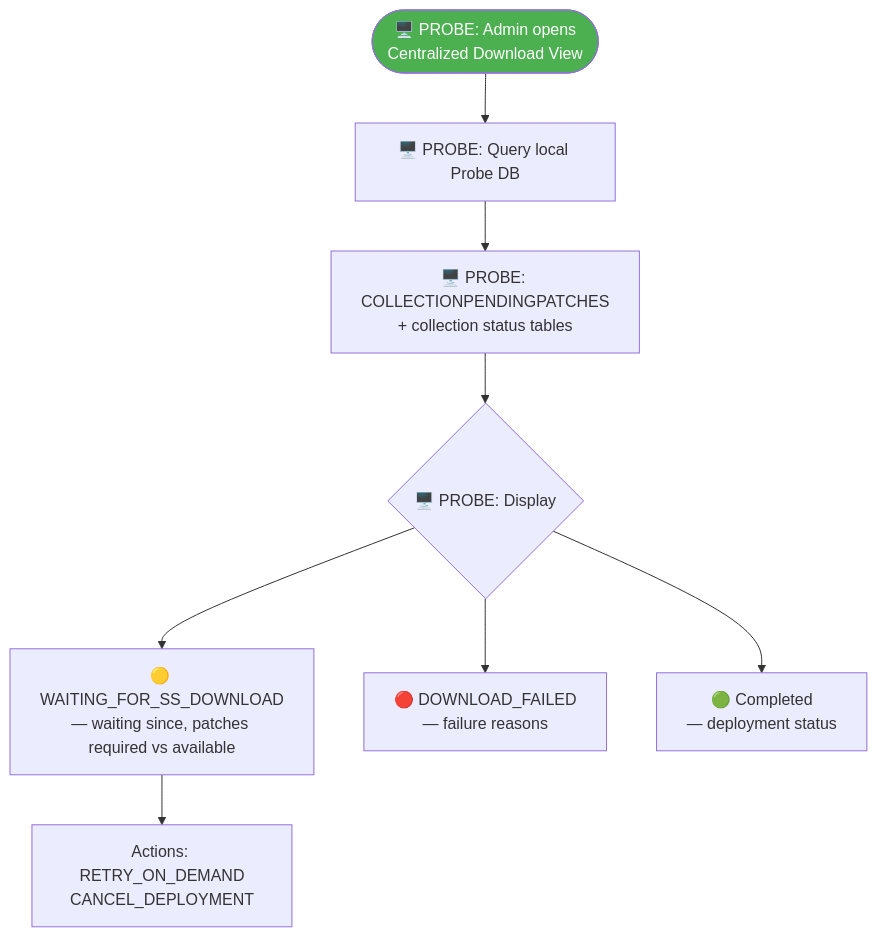
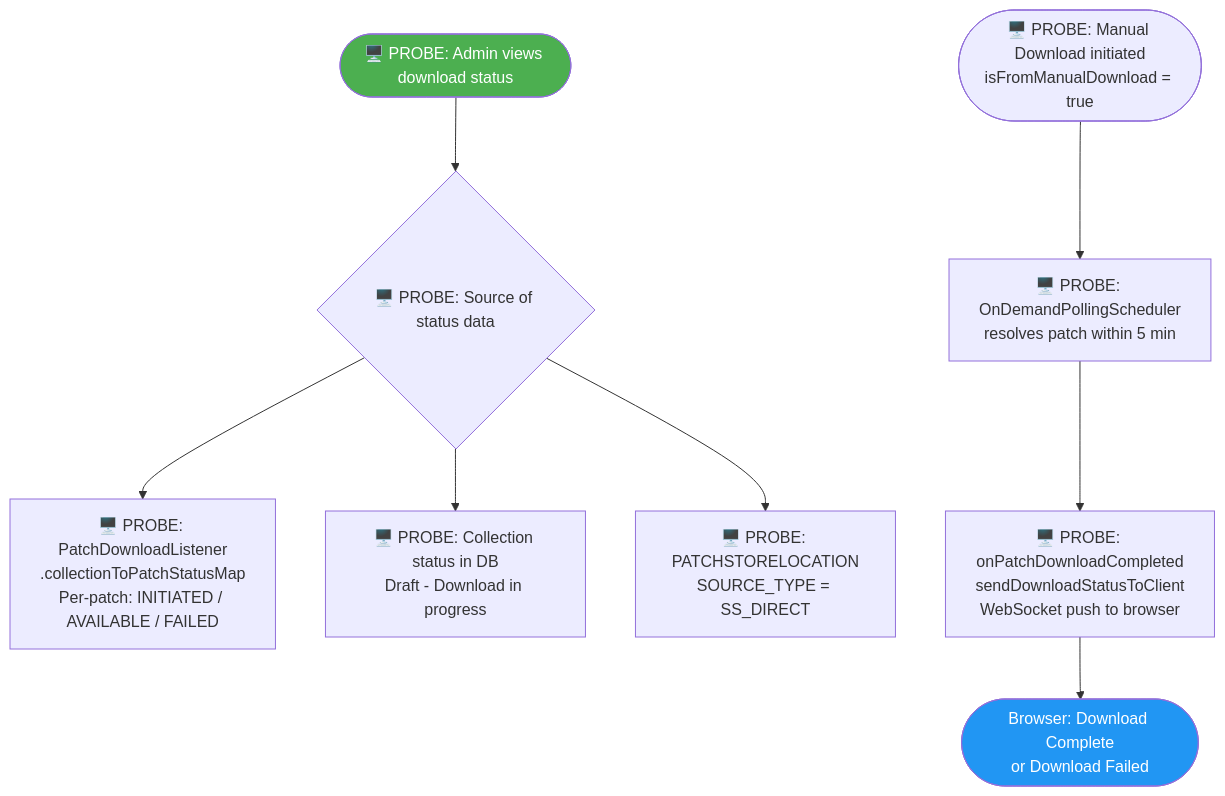
Before and after one commit to ranjithkumar-a-23525/RebaseEx: the tenth of 31 diagrams in use-case-diagrams.md, drawn with Mermaid. The commit also changed other lines of this file, not shown here.

````diff
--- a/use-case-diagrams.md
+++ b/use-case-diagrams.md
@@ -193,12 +219,14 @@
 ```mermaid
 flowchart TD
-    A(["🖥️ PROBE: Admin opens<br/>Centralized Download View"]) --> B["🖥️ PROBE: Query local Probe DB"]
-    B --> C["🖥️ PROBE: COLLECTIONPENDINGPATCHES<br/>+ collection status tables"]
-    C --> D{"🖥️ PROBE: Display"}
-    D --> E["🟡 WAITING_FOR_SS_DOWNLOAD<br/>— waiting since, patches required vs available"]
-    D --> F["🔴 DOWNLOAD_FAILED<br/>— failure reasons"]
-    D --> G["🟢 Completed<br/>— deployment status"]
-    E --> H["Actions: RETRY_ON_DEMAND<br/>CANCEL_DEPLOYMENT"]
+    A(["🖥️ PROBE: Admin views download status"]) --> B{"🖥️ PROBE: Source of status data"}
+    B --> C["🖥️ PROBE: PatchDownloadListener<br/>.collectionToPatchStatusMap<br/>Per-patch: INITIATED / AVAILABLE / FAILED"]
+    B --> D["🖥️ PROBE: Collection status in DB<br/>Draft - Download in progress"]
+    B --> E["🖥️ PROBE: PATCHSTORELOCATION<br/>SOURCE_TYPE = SS_DIRECT"]
+
+    F(["🖥️ PROBE: Manual Download initiated<br/>isFromManualDownload = true"]) --> G["🖥️ PROBE: OnDemandPollingScheduler<br/>resolves patch within 5 min"]
+    G --> H["🖥️ PROBE: onPatchDownloadCompleted<br/>sendDownloadStatusToClient<br/>WebSocket push to browser"]
+    H --> I(["Browser: Download Complete<br/>or Download Failed"])
 
     style A fill:#4CAF50,color:#fff
+    style I fill:#2196F3,color:#fff
 ```
````
